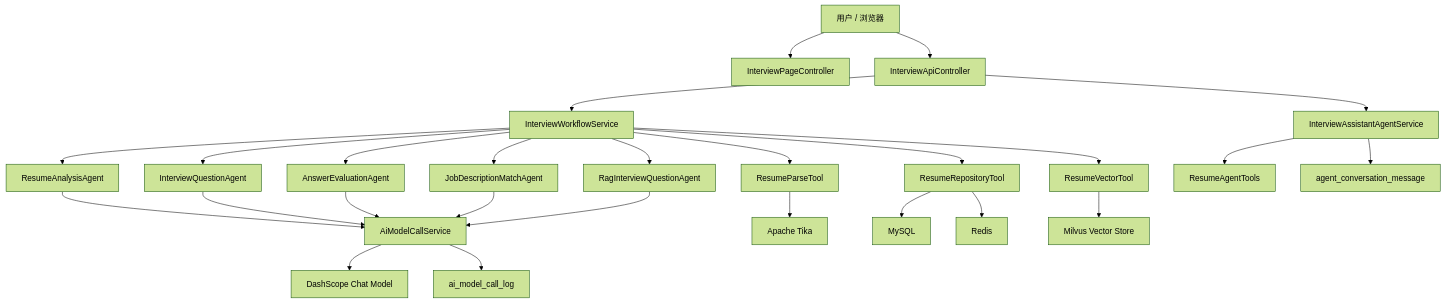
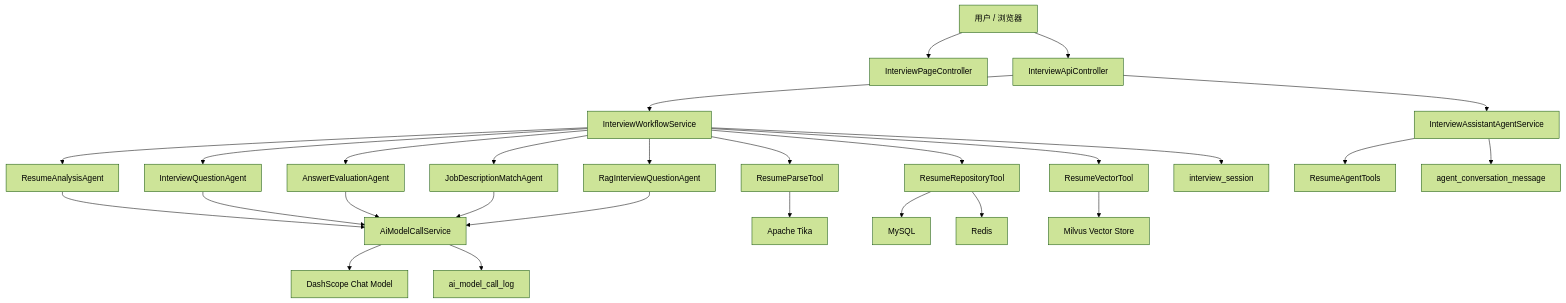
One commit to xiekunhuang2020/ai-interview-agent changed the diagram in docs/architecture.md. Above: the diagram before and after it, drawn with Mermaid (forest theme). The commit also changed other lines of this file and 4 other files, not shown here.

````diff
--- a/docs/architecture.md
+++ b/docs/architecture.md
@@ -11,32 +11,33 @@
 ```mermaid
 flowchart TD
     U["用户 / 浏览器"] --> PC["InterviewPageController"]
     U --> AC["InterviewApiController"]
     AC --> O["InterviewWorkflowService"]
 
     O --> T1["ResumeParseTool"]
     O --> A1["ResumeAnalysisAgent"]
     O --> T2["ResumeRepositoryTool"]
     O --> T3["ResumeVectorTool"]
     O --> A2["InterviewQuestionAgent"]
     O --> A3["AnswerEvaluationAgent"]
     O --> A4["JobDescriptionMatchAgent"]
     O --> A5["RagInterviewQuestionAgent"]
 
     A1 --> INV["AiModelCallService"]
     A2 --> INV
     A3 --> INV
     A4 --> INV
     A5 --> INV
     INV --> LLM["DashScope Chat Model"]
     INV --> AUDIT["ai_model_call_log"]
+    O --> SESSION["interview_session"]
 
     AC --> AS["InterviewAssistantAgentService"]
     AS --> TOOLCALL["ResumeAgentTools"]
     AS --> MSGAUDIT["agent_conversation_message"]
 
     T1 --> Tika["Apache Tika"]
     T2 --> MySQL["MySQL"]
     T2 --> Redis["Redis"]
     T3 --> Milvus["Milvus Vector Store"]
 ```
````
